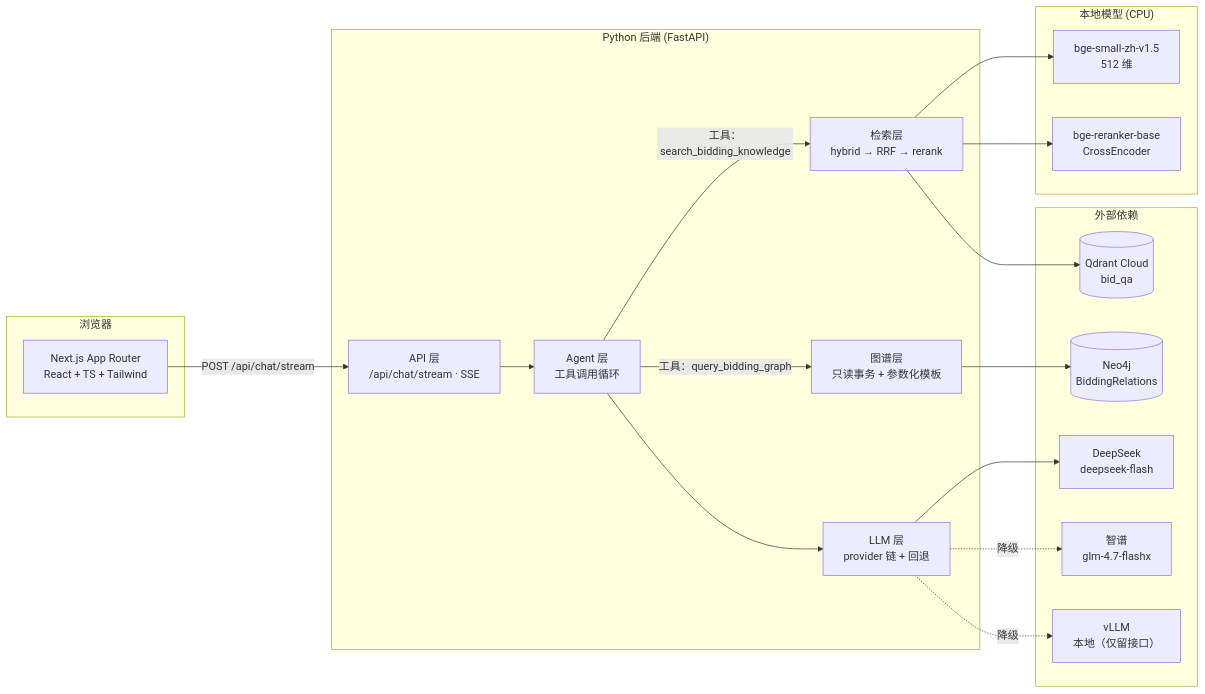
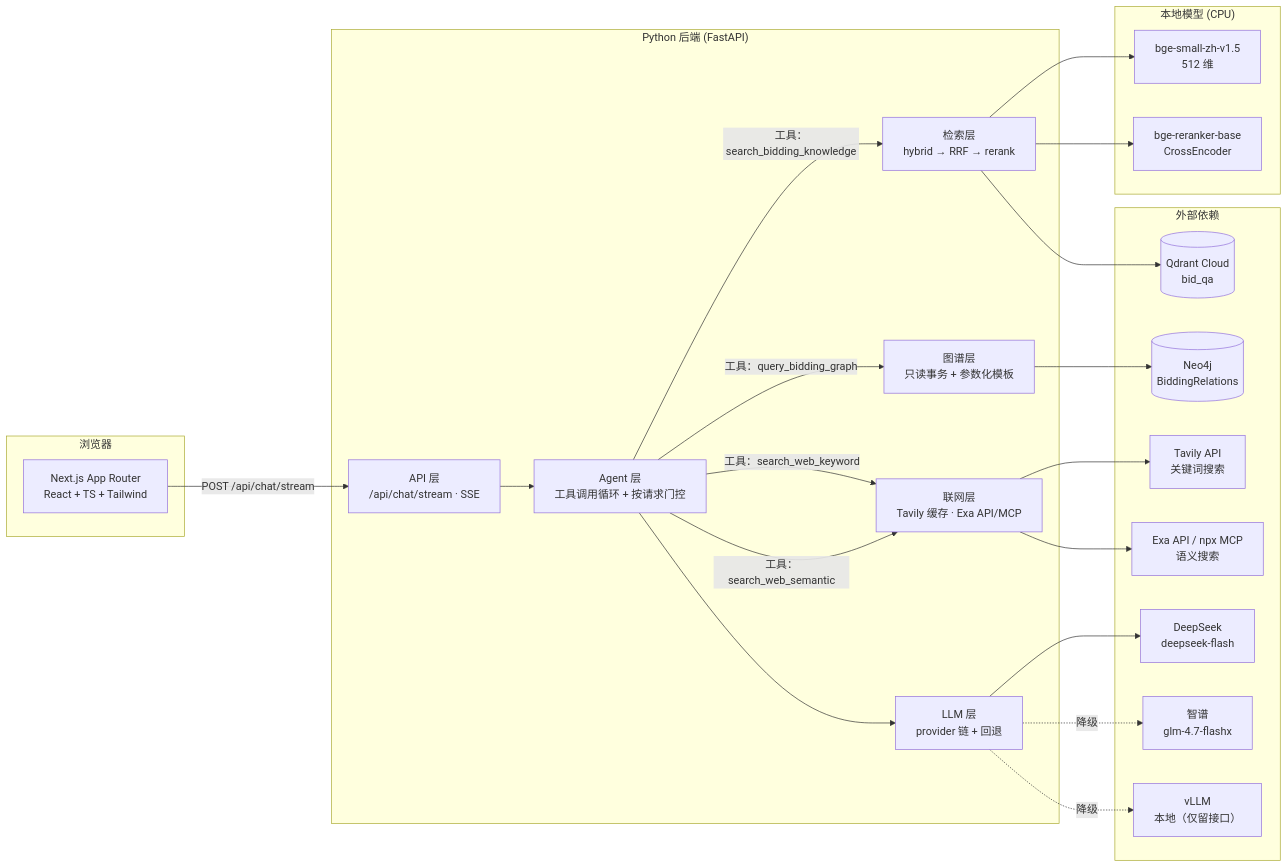
One commit to HoarHam/Bidding_QA_Chatbot changed the first of 2 diagrams in docs/architecture.md. Above: the diagram before and after it, drawn with Mermaid. The commit also changed other lines of this file and 47 other files, not shown here.

````diff
--- a/docs/architecture.md
+++ b/docs/architecture.md
@@ -8,40 +9,47 @@
 ```mermaid
 flowchart LR
     subgraph client["浏览器"]
         UI["Next.js App Router<br/>React + TS + Tailwind"]
     end
 
     subgraph server["Python 后端 (FastAPI)"]
         API["API 层<br/>/api/chat/stream · SSE"]
-        AG["Agent 层<br/>工具调用循环"]
+        AG["Agent 层<br/>工具调用循环 + 按请求门控"]
         RET["检索层<br/>hybrid → RRF → rerank"]
         GR["图谱层<br/>只读事务 + 参数化模板"]
+        WEB["联网层<br/>Tavily 缓存 · Exa API/MCP"]
         LLM["LLM 层<br/>provider 链 + 回退"]
     end
 
     subgraph ext["外部依赖"]
         QD[("Qdrant Cloud<br/>bid_qa")]
         NEO[("Neo4j<br/>BiddingRelations")]
+        TV["Tavily API<br/>关键词搜索"]
+        EX["Exa API / npx MCP<br/>语义搜索"]
         DS["DeepSeek<br/>deepseek-flash"]
         ZP["智谱<br/>glm-4.7-flashx"]
         VL["vLLM<br/>本地（仅留接口）"]
     end
 
     subgraph local["本地模型 (CPU)"]
         EMB["bge-small-zh-v1.5<br/>512 维"]
         RRK["bge-reranker-base<br/>CrossEncoder"]
     end
 
     UI -->|"POST /api/chat/stream"| API
     API --> AG
     AG -->|"工具：search_bidding_knowledge"| RET
     RET --> EMB
     RET --> QD
     RET --> RRK
     AG -->|"工具：query_bidding_graph"| GR
     GR --> NEO
+    AG -->|"工具：search_web_keyword"| WEB
+    AG -->|"工具：search_web_semantic"| WEB
+    WEB --> TV
+    WEB --> EX
     AG --> LLM
     LLM --> DS
     LLM -.降级.-> ZP
     LLM -.降级.-> VL
 ```
````
